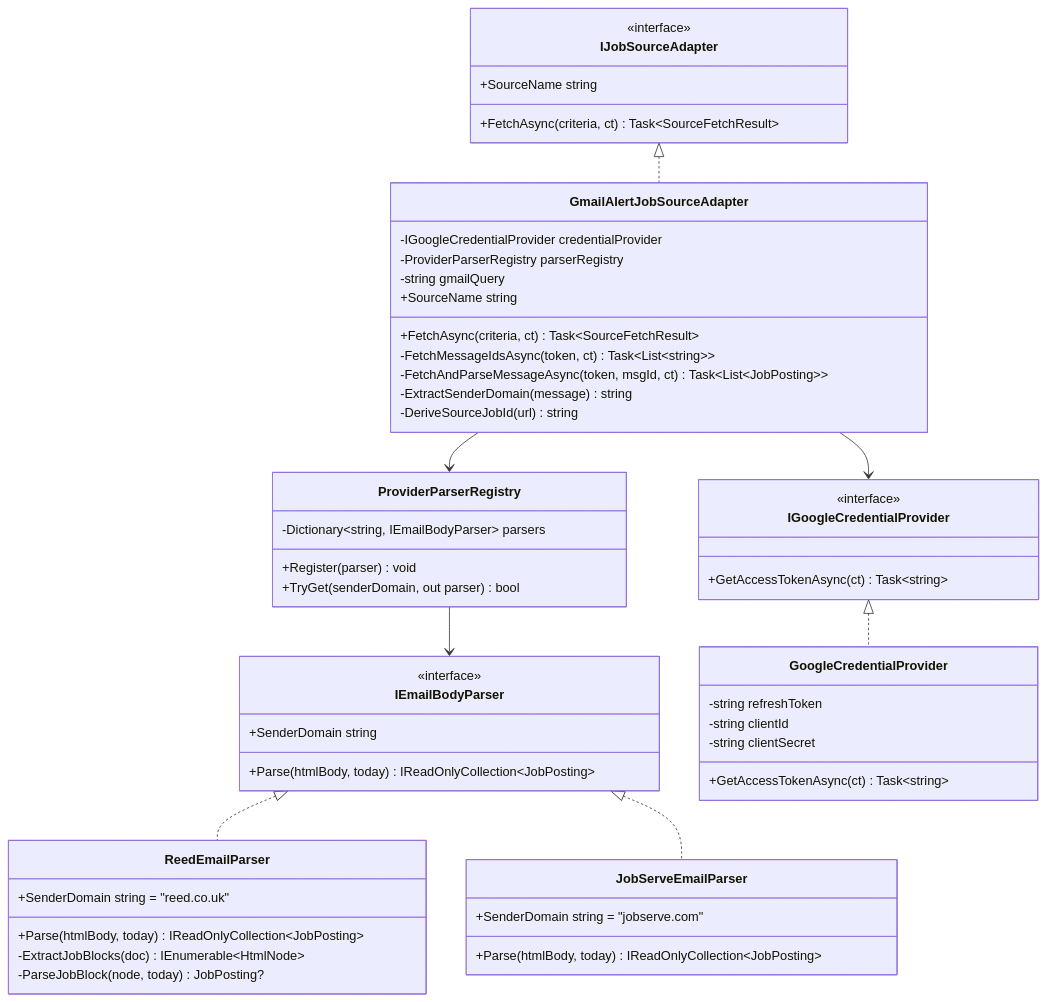
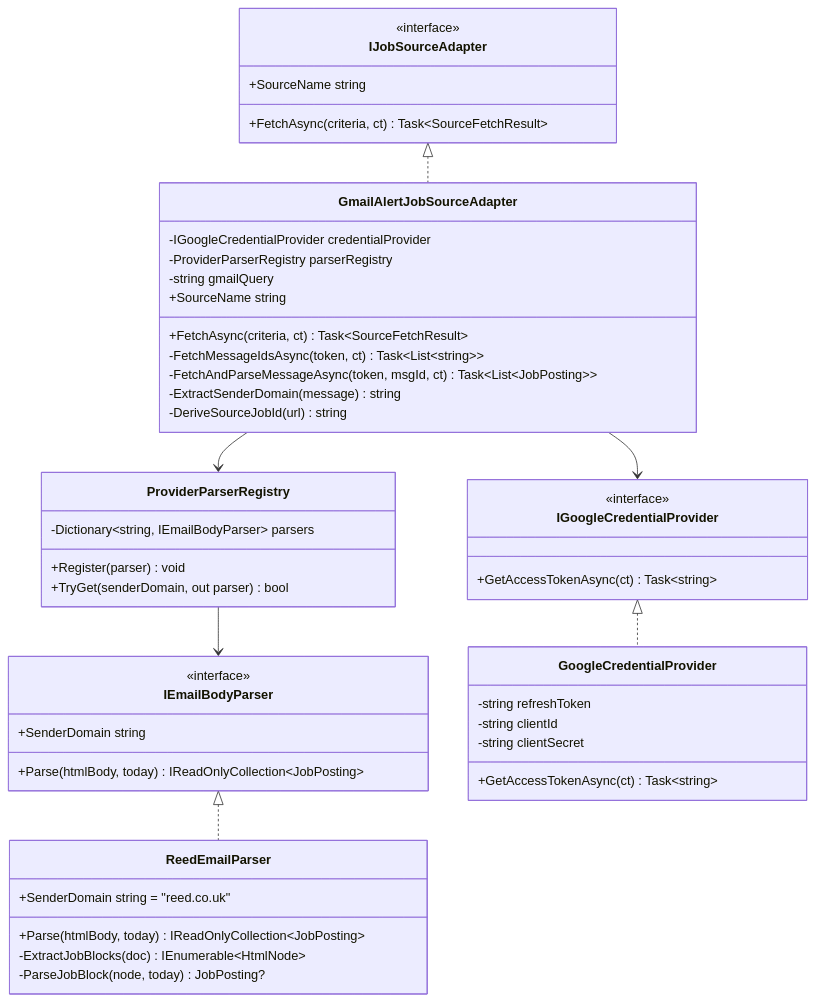
The fifth of 11 diagrams in docs/gmail-slack-integration.md (ekanatha-urivakili/AiJobSearchAgent), drawn with Mermaid before and after one commit. The commit also changed other lines of this file and 19 other files, not shown here.

````diff
--- a/docs/gmail-slack-integration.md
+++ b/docs/gmail-slack-integration.md
@@ -254,64 +266,58 @@
 ```mermaid
 classDiagram
     class IJobSourceAdapter {
         <<interface>>
         +SourceName string
         +FetchAsync(criteria, ct) Task~SourceFetchResult~
     }
 
     class GmailAlertJobSourceAdapter {
         -IGoogleCredentialProvider credentialProvider
         -ProviderParserRegistry parserRegistry
         -string gmailQuery
         +SourceName string
         +FetchAsync(criteria, ct) Task~SourceFetchResult~
         -FetchMessageIdsAsync(token, ct) Task~List~string~~
         -FetchAndParseMessageAsync(token, msgId, ct) Task~List~JobPosting~~
         -ExtractSenderDomain(message) string
         -DeriveSourceJobId(url) string
     }
 
     class ProviderParserRegistry {
         -Dictionary~string, IEmailBodyParser~ parsers
         +Register(parser) void
         +TryGet(senderDomain, out parser) bool
     }
 
     class IEmailBodyParser {
         <<interface>>
         +SenderDomain string
         +Parse(htmlBody, today) IReadOnlyCollection~JobPosting~
     }
 
     class ReedEmailParser {
         +SenderDomain string = "reed.co.uk"
         +Parse(htmlBody, today) IReadOnlyCollection~JobPosting~
         -ExtractJobBlocks(doc) IEnumerable~HtmlNode~
         -ParseJobBlock(node, today) JobPosting?
     }
 
-    class JobServeEmailParser {
-        +SenderDomain string = "jobserve.com"
-        +Parse(htmlBody, today) IReadOnlyCollection~JobPosting~
-    }
-
     class GoogleCredentialProvider {
         -string refreshToken
         -string clientId
         -string clientSecret
         +GetAccessTokenAsync(ct) Task~string~
     }
 
     class IGoogleCredentialProvider {
         <<interface>>
         +GetAccessTokenAsync(ct) Task~string~
     }
 
     IJobSourceAdapter <|.. GmailAlertJobSourceAdapter
     GmailAlertJobSourceAdapter --> ProviderParserRegistry
     GmailAlertJobSourceAdapter --> IGoogleCredentialProvider
     ProviderParserRegistry --> IEmailBodyParser
     IEmailBodyParser <|.. ReedEmailParser
-    IEmailBodyParser <|.. JobServeEmailParser
     IGoogleCredentialProvider <|.. GoogleCredentialProvider
 ```
````
